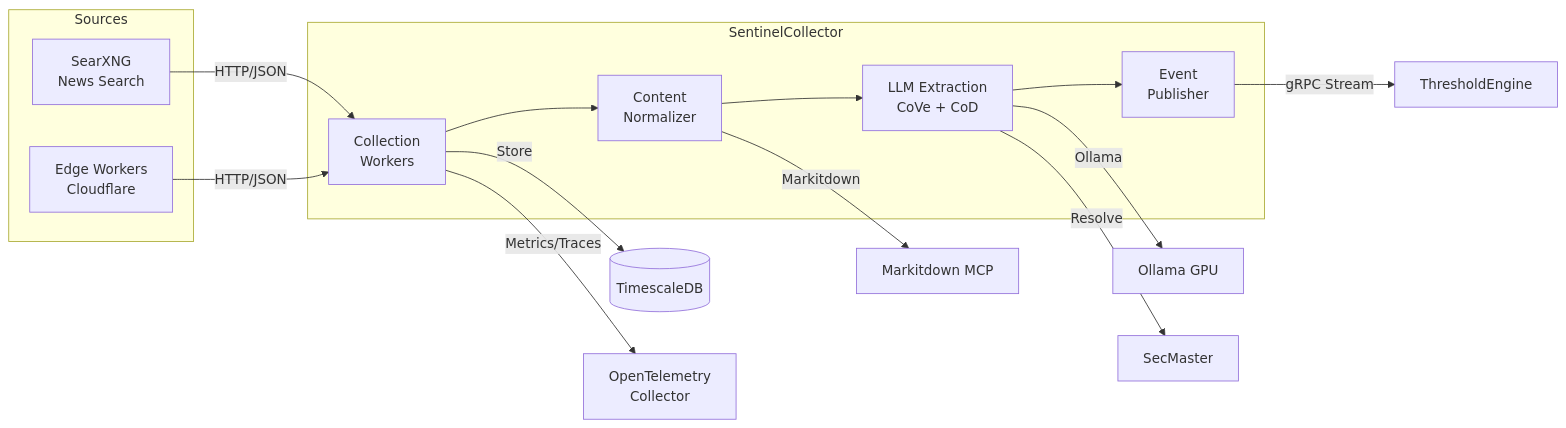
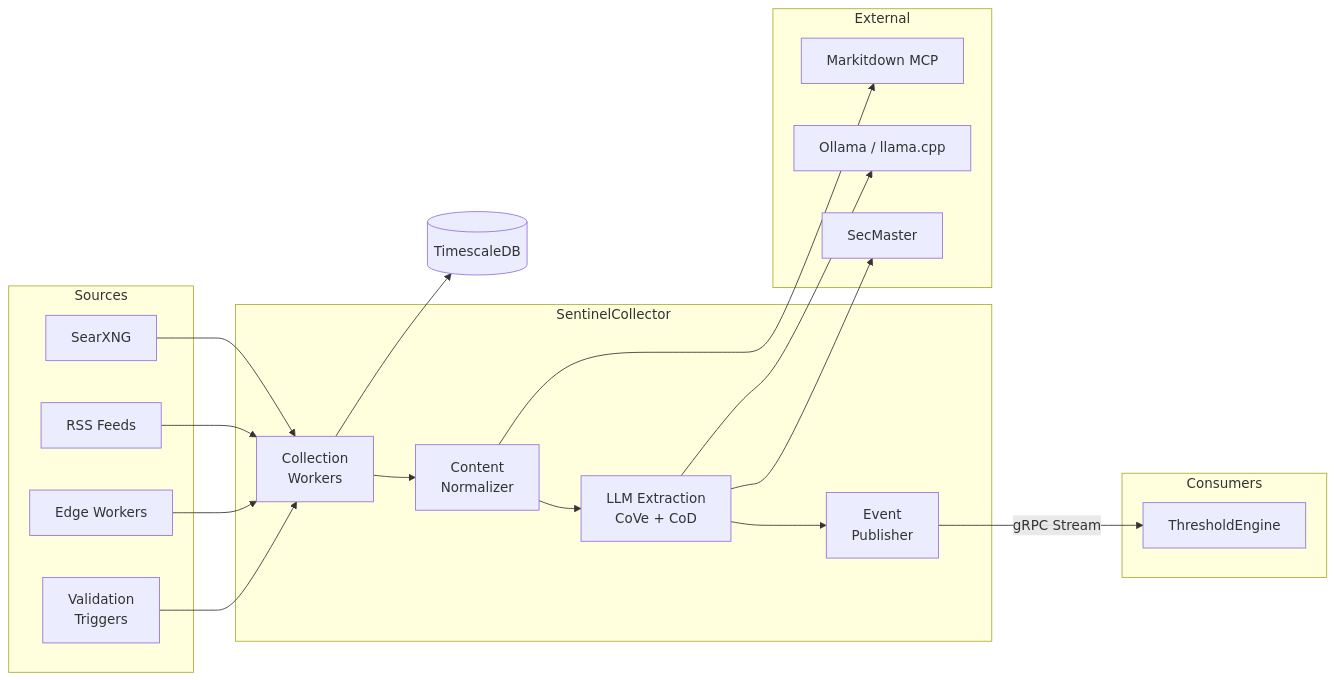
The diagram in SentinelCollector/README.md (jpansarasa/ATLAS-Docs), drawn with Mermaid before and after one commit. The commit also changed other lines of this file and 17 other files, not shown here.

````diff
--- a/SentinelCollector/README.md
+++ b/SentinelCollector/README.md
@@ -11,26 +11,39 @@
 ```mermaid
 flowchart LR
     subgraph Sources
-        SX[SearXNG<br/>News Search]
-        EW[Edge Workers<br/>Cloudflare]
+        SX[SearXNG]
+        RSS[RSS Feeds]
+        EW[Edge Workers]
+        VT[Validation<br/>Triggers]
     end
 
     subgraph SentinelCollector
-        SC[Collection<br/>Workers]
+        CW[Collection<br/>Workers]
         NZ[Content<br/>Normalizer]
         EX[LLM Extraction<br/>CoVe + CoD]
         PUB[Event<br/>Publisher]
     end
 
-    SX -->|HTTP/JSON| SC
-    EW -->|HTTP/JSON| SC
-    SC -->|Store| DB[(TimescaleDB)]
-    SC --> NZ
-    NZ -->|Markitdown| MD[Markitdown MCP]
+    subgraph External
+        LLM[Ollama / llama.cpp]
+        MD[Markitdown MCP]
+        SM[SecMaster]
+    end
+
+    subgraph Consumers
+        TE[ThresholdEngine]
+    end
+
+    SX --> CW
+    RSS --> CW
+    EW --> CW
+    VT --> CW
+    CW --> DB[(TimescaleDB)]
+    CW --> NZ
+    NZ --> MD
     NZ --> EX
-    EX -->|Ollama| LLM[Ollama GPU]
-    EX -->|Resolve| SM[SecMaster]
+    EX --> LLM
+    EX --> SM
     EX --> PUB
-    PUB -->|gRPC Stream| TE[ThresholdEngine]
-    SC -->|Metrics/Traces| OTEL[OpenTelemetry<br/>Collector]
+    PUB -->|gRPC Stream| TE
 ```
````
